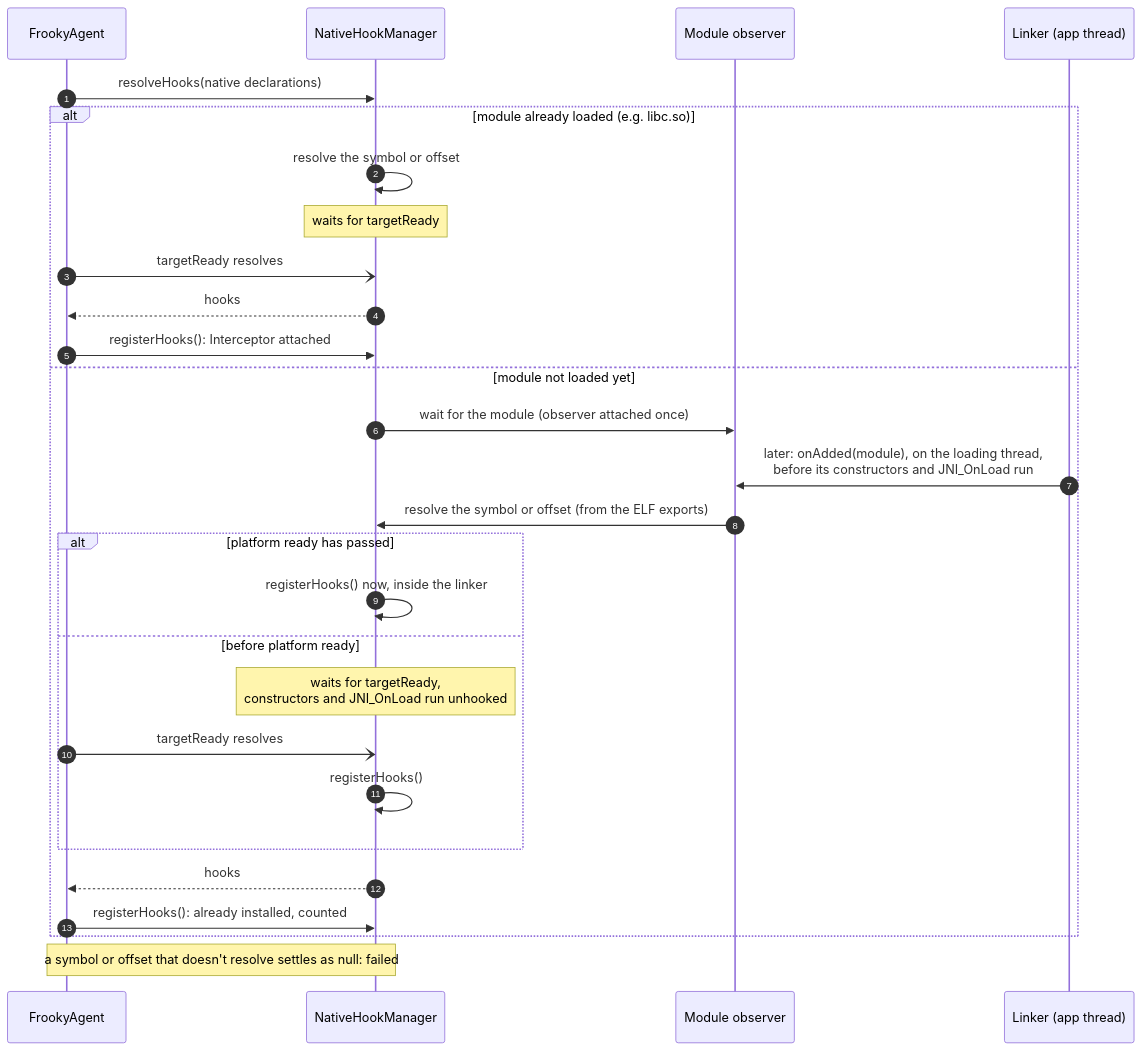
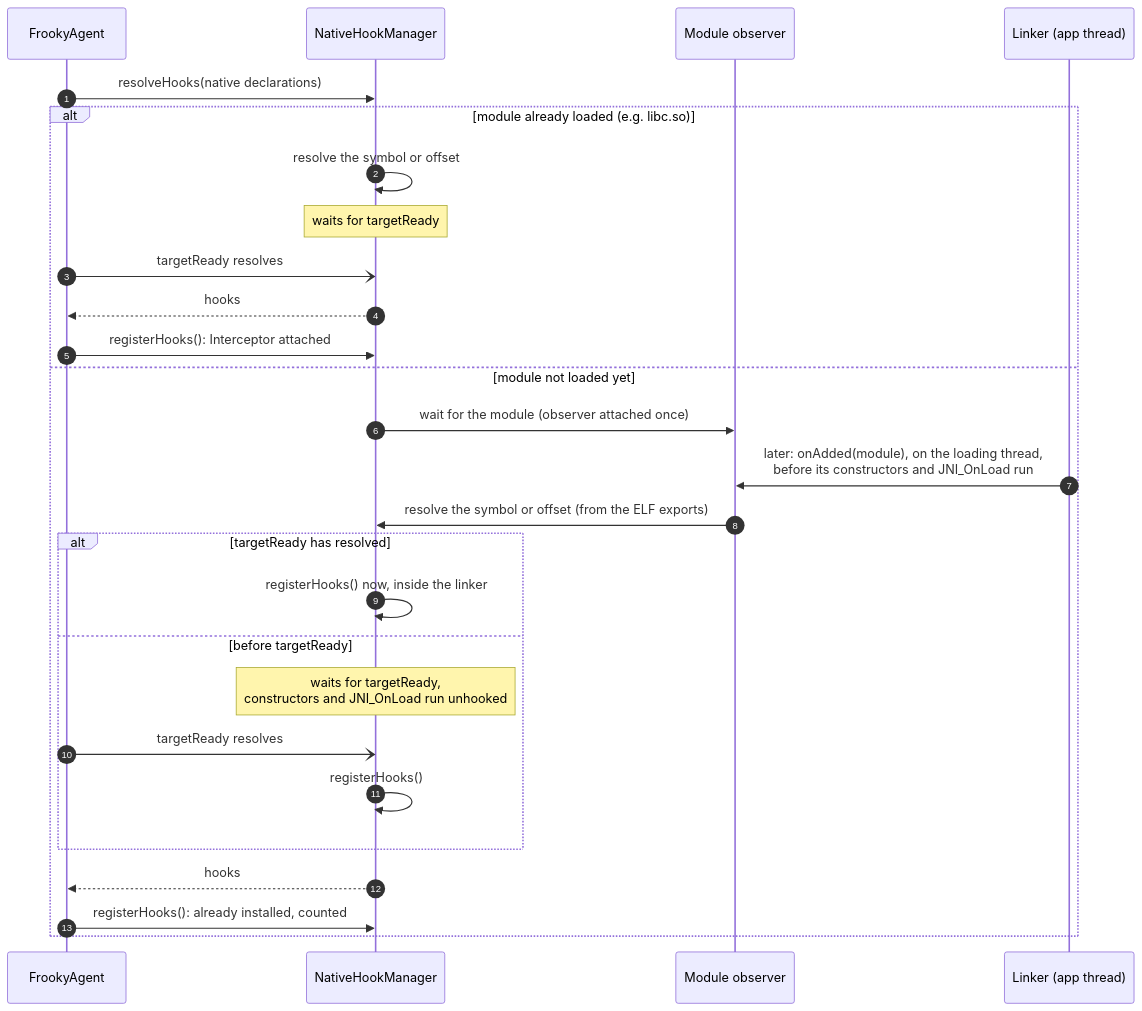
The fourth of 8 diagrams in docs/under-the-hood.md (bernhste/frooky), drawn with Mermaid before and after one commit. The commit also changed other lines of this file and 21 other files, not shown here.

````diff
--- a/docs/under-the-hood.md
+++ b/docs/under-the-hood.md
@@ -161,33 +233,31 @@
 ```mermaid
 sequenceDiagram
     autonumber
     participant FA as FrookyAgent
     participant NM as NativeHookManager
     participant MO as Module observer
     participant LK as Linker (app thread)
 
     FA->>NM: resolveHooks(native declarations)
 
     alt module already loaded (e.g. libc.so)
         NM->>NM: resolve the symbol or offset
         Note over NM: waits for targetReady
         FA-)NM: targetReady resolves
         NM-->>FA: hooks
         FA->>NM: registerHooks(): Interceptor attached
     else module not loaded yet
         NM->>MO: wait for the module (observer attached once)
         LK->>MO: later: onAdded(module), on the loading thread,<br/>before its constructors and JNI_OnLoad run
         MO->>NM: resolve the symbol or offset (from the ELF exports)
-        alt platform ready has passed
+        alt targetReady has resolved
             NM->>NM: registerHooks() now, inside the linker
-        else before platform ready
+        else before targetReady
             Note over NM: waits for targetReady,<br/>constructors and JNI_OnLoad run unhooked
             FA-)NM: targetReady resolves
             NM->>NM: registerHooks()
         end
         NM-->>FA: hooks
         FA->>NM: registerHooks(): already installed, counted
     end
-
-    Note over FA,NM: a symbol or offset that doesn't resolve settles as null: failed
 ```
````
